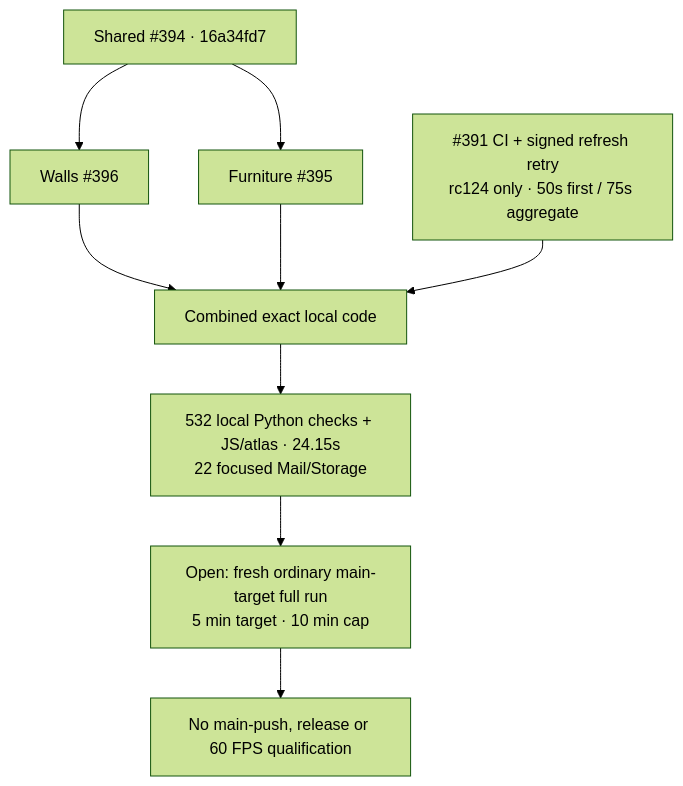
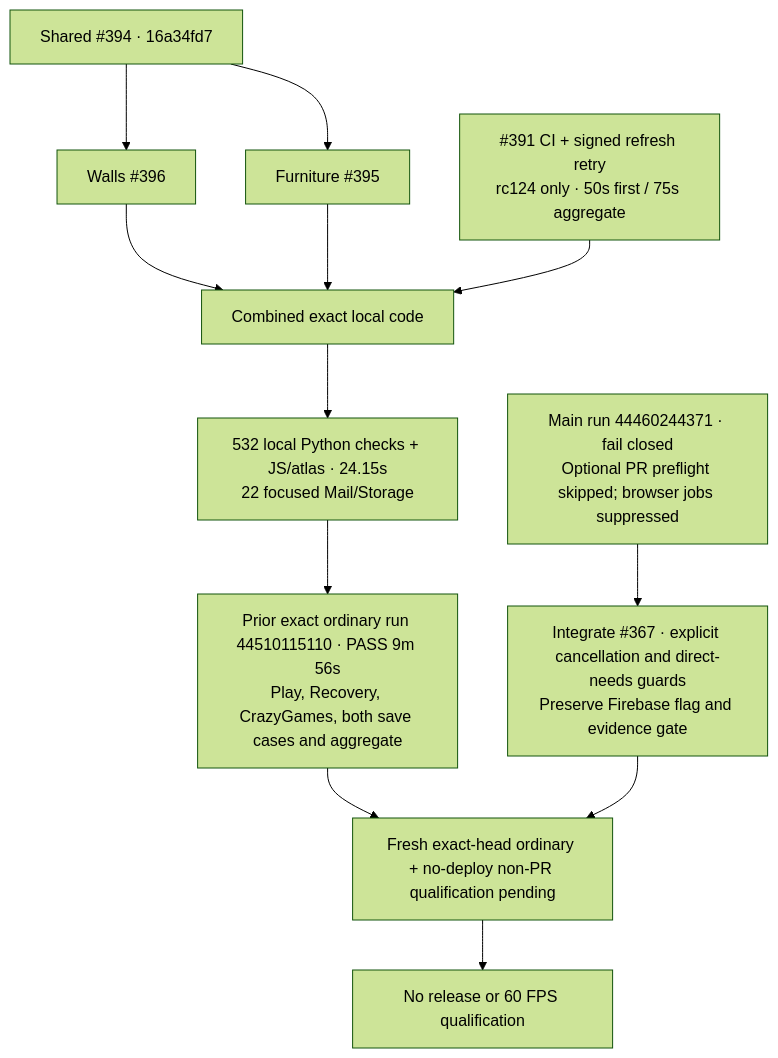
Before and after one commit to yiyousiow000814/little-leaf: the diagram in docs/development/ci-integrated-validation/integrated.mmd, drawn with Mermaid (forest theme). The commit also changed 4 other files, not shown here.

First line of the commit message:
fix(ci): keep browser checks active on non-PR runs

```diff
--- a/docs/development/ci-integrated-validation/integrated.mmd
+++ b/docs/development/ci-integrated-validation/integrated.mmd
@@ -1,9 +1,12 @@
 flowchart TD
     B["Shared #394 · 16a34fd7"] --> W["Walls #396"]
     B --> F["Furniture #395"]
     W --> C["Combined exact local code"]
     F --> C
     A["#391 CI + signed refresh retry<br/>rc124 only · 50s first / 75s aggregate"] --> C
     C --> P["532 local Python checks + JS/atlas · 24.15s<br/>22 focused Mail/Storage"]
-    P --> G["Open: fresh ordinary main-target full run<br/>5 min target · 10 min cap"]
-    G --> X["No main-push, release or 60 FPS qualification"]
+    P --> G["Prior exact ordinary run 44510115110 · PASS 9m 56s<br/>Play, Recovery, CrazyGames, both save cases and aggregate"]
+    N["Main run 44460244371 · fail closed<br/>Optional PR preflight skipped; browser jobs suppressed"] --> H["Integrate #367 · explicit cancellation and direct-needs guards<br/>Preserve Firebase flag and evidence gate"]
+    G --> FQ["Fresh exact-head ordinary + no-deploy non-PR qualification pending"]
+    H --> FQ
+    FQ --> X["No release or 60 FPS qualification"]
```
